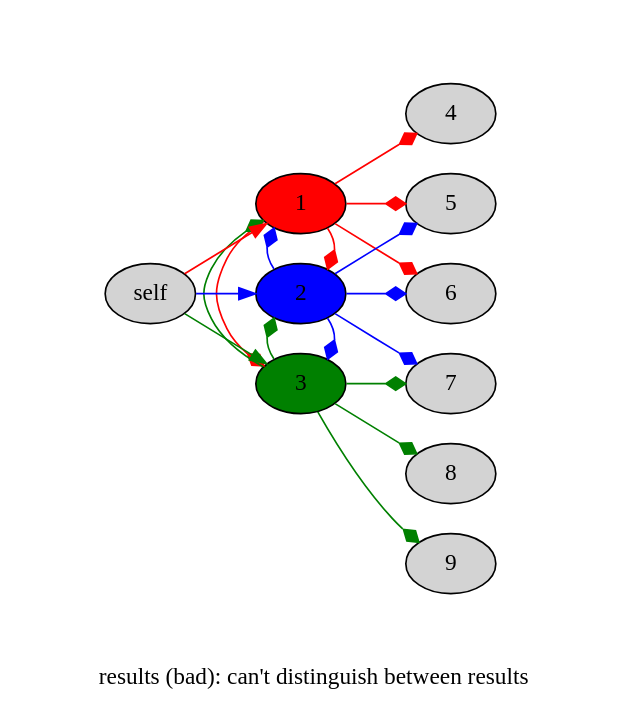
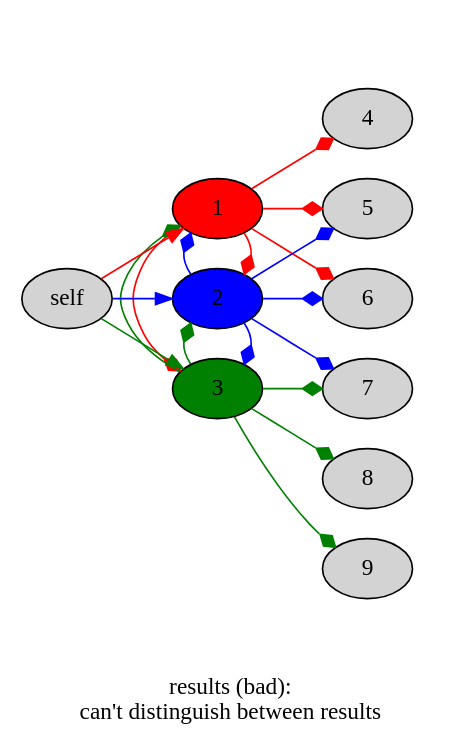
Before and after one commit to w3f/research: the diagram in docs/polkadot/networking/L-discovery/results-1-bad.dot, drawn with Graphviz. The commit also changed 2 other files, not shown here.

Commit message:
networking: skad: graphviz hackery to make images the same size

```diff
--- a/docs/polkadot/networking/L-discovery/results-1-bad.dot
+++ b/docs/polkadot/networking/L-discovery/results-1-bad.dot
@@ -1,43 +1,45 @@
 digraph F {
-  label = "results (bad): can't distinguish between results";
+  label = "results (bad):\ncan't distinguish between results";
   rankdir = LR;
   node [style=filled];
   edge [color=gray];
   subgraph cluster_F3 {
     label="x"
     labelloc="b"
      style=invis
     subgraph {
       rank=same
       1,2,3
     }
   }
   self -> 1 [color=red];
   1 [fillcolor=red];
 
   self -> 2 [color=blue];
   2 [fillcolor=blue];
 
   self -> 3 [color=green];
   3 [fillcolor=green];
 
   subgraph cluster_r {
     label="x"
     labelloc="b"
+    fontsize=16
     style=invis
     subgraph cluster_duck {
       margin=0
       label="x"
       labelloc="t"
+      fontsize=16
       style=invis
       4,5,6,7,8,9
     }
   }
 
   1 -> 4,5,6 [color=red,arrowhead=diamond]
   1 -> 2,3 [weight=0,color=red,arrowhead=diamond]
   2 -> 5,6,7 [color=blue,arrowhead=diamond]
   2 -> 1,3 [weight=0,color=blue,arrowhead=diamond]
   3 -> 7,8,9 [color=green,arrowhead=diamond]
   3 -> 1,2 [weight=0,color=green,arrowhead=diamond]
 }
```
